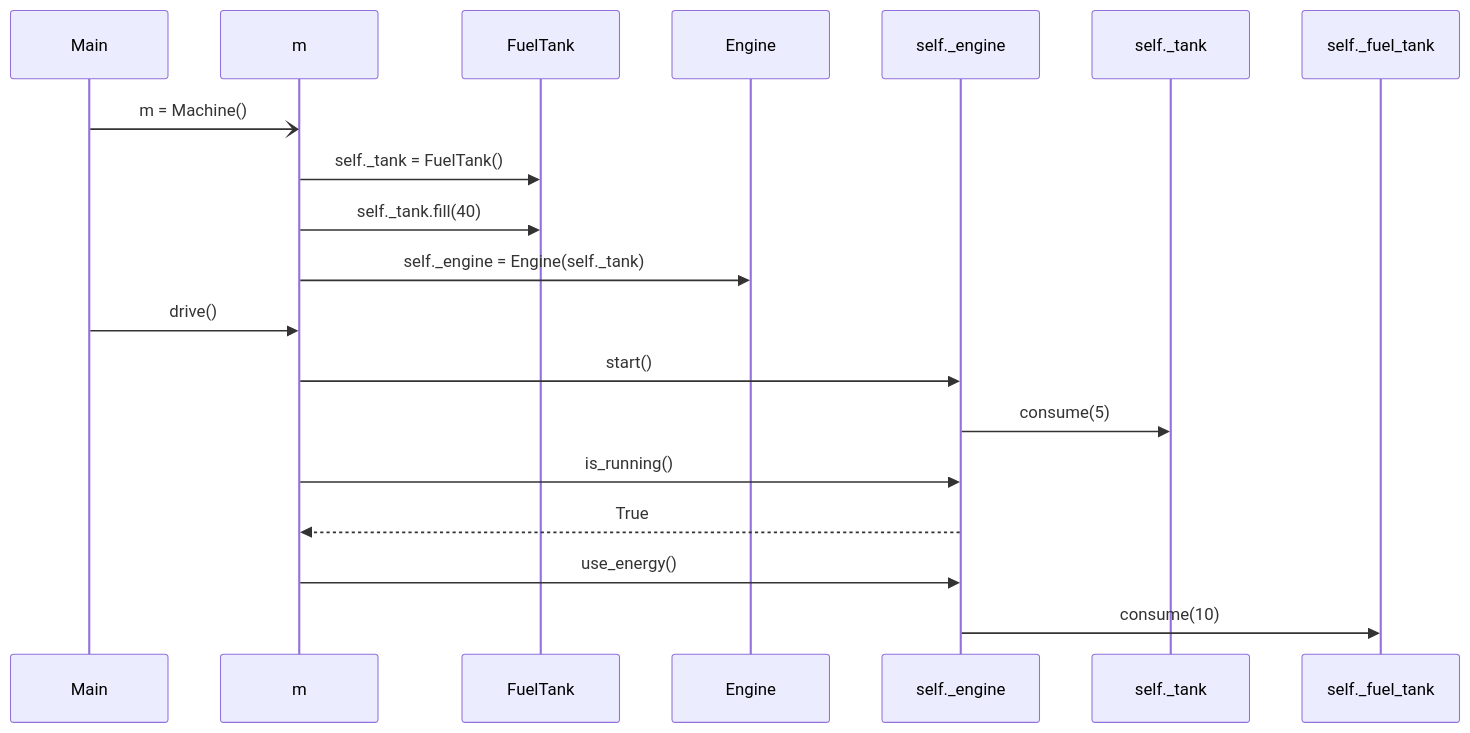
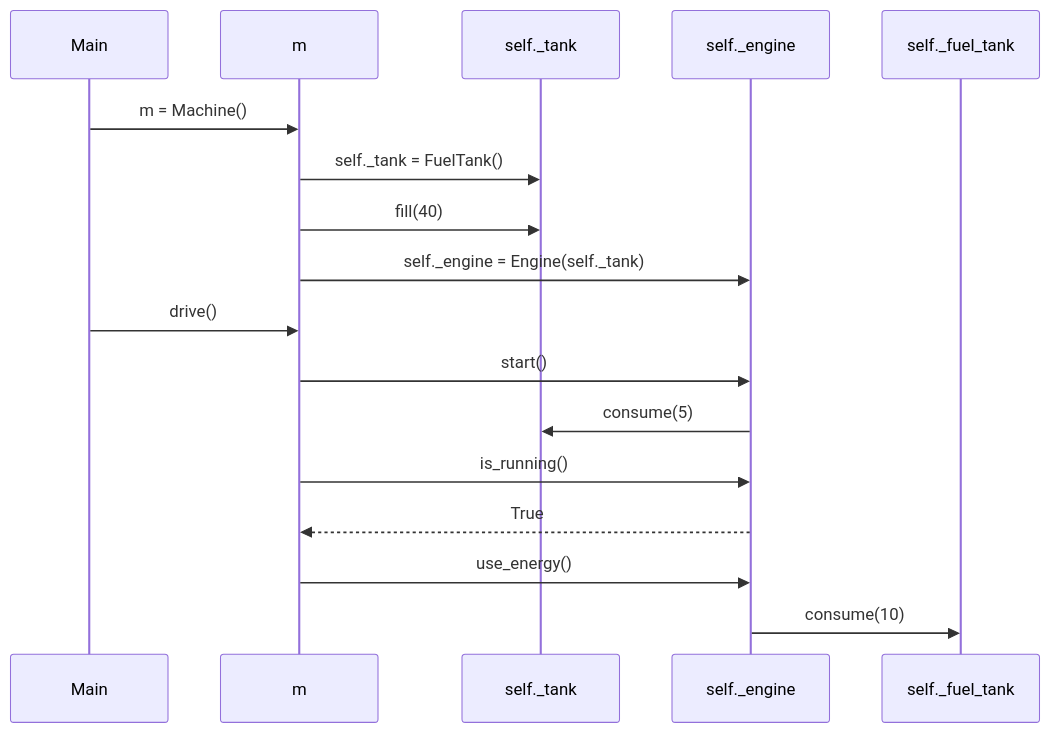
The diagram in laskarit/viikko3/machine.md (henriimmonen/ot-harjoitustyo), drawn with Mermaid before and after one commit.

Commit message:
korjauksia tehtävään 3

````diff
--- a/laskarit/viikko3/machine.md
+++ b/laskarit/viikko3/machine.md
@@ -1,14 +1,14 @@
 ```mermaid
 sequenceDiagram
-	Main -) m: m = Machine()
-	m ->> FuelTank: self._tank = FuelTank()
-	m ->> FuelTank: self._tank.fill(40)
-	m ->> Engine: self._engine = Engine(self._tank)
+	Main ->> m: m = Machine()
+	m ->> self._tank: self._tank = FuelTank()
+	m ->> self._tank: fill(40)
+	m ->> self._engine: self._engine = Engine(self._tank)
 	Main ->> m: drive()
 	m ->> self._engine: start()
 	self._engine ->> self._tank: consume(5)
 	m ->> self._engine: is_running()
 	self._engine -->> m: True
 	m ->> self._engine: use_energy()
 	self._engine ->> self._fuel_tank: consume(10)  
 ```
````
